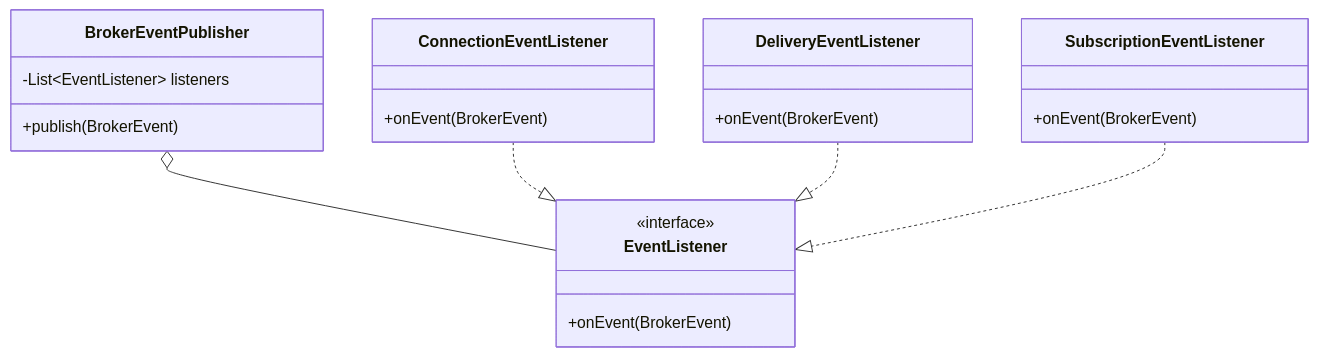
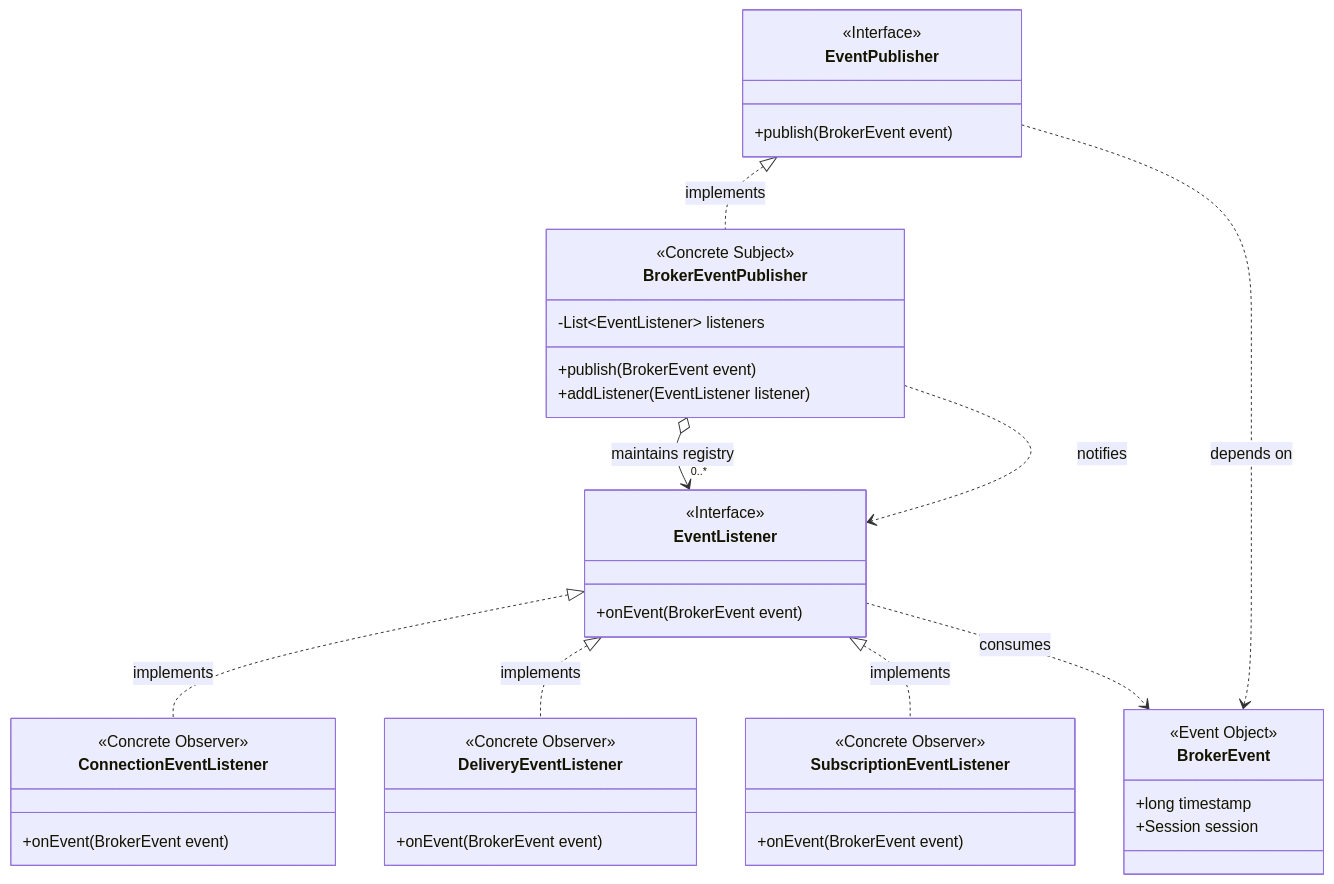
Before and after one commit to karolbystrek/mqtt-broker: the sixth of 14 diagrams in README.md, drawn with Mermaid. The commit also changed other lines of this file, not shown here.

````diff
--- a/README.md
+++ b/README.md
@@ -206,25 +316,59 @@
 ```mermaid
 classDiagram
+    %% --- Interfaces ---
+    class EventPublisher {
+        <<Interface>>
+        +publish(BrokerEvent event)
+    }
+
+    class EventListener {
+        <<Interface>>
+        +onEvent(BrokerEvent event)
+    }
+
+    %% --- Concrete Implementations ---
     class BrokerEventPublisher {
+        <<Concrete Subject>>
         -List~EventListener~ listeners
-        +publish(BrokerEvent)
+        +publish(BrokerEvent event)
+        +addListener(EventListener listener)
     }
-    class EventListener {
-        <<interface>>
-        +onEvent(BrokerEvent)
-    }
+
     class ConnectionEventListener {
-        +onEvent(BrokerEvent)
+        <<Concrete Observer>>
+        +onEvent(BrokerEvent event)
     }
     class DeliveryEventListener {
-        +onEvent(BrokerEvent)
+        <<Concrete Observer>>
+        +onEvent(BrokerEvent event)
     }
     class SubscriptionEventListener {
-        +onEvent(BrokerEvent)
+        <<Concrete Observer>>
+        +onEvent(BrokerEvent event)
     }
+
+    %% --- Event Object ---
+    class BrokerEvent {
+        <<Event Object>>
+        +long timestamp
+        +Session session
+    }
+
+    %% --- Relationships with explicit labels ---
     
-    BrokerEventPublisher o-- EventListener
-    ConnectionEventListener ..|> EventListener
-    DeliveryEventListener ..|> EventListener
-    SubscriptionEventListener ..|> EventListener
+    %% Realization (Implements)
+    EventPublisher <|.. BrokerEventPublisher : implements
+    EventListener <|.. ConnectionEventListener : implements
+    EventListener <|.. DeliveryEventListener : implements
+    EventListener <|.. SubscriptionEventListener : implements
+
+    %% Aggregation (Has-a list of)
+    BrokerEventPublisher o--> "0..*" EventListener : maintains registry
+
+    %% Dependency (Uses)
+    EventPublisher ..> BrokerEvent : depends on
+    EventListener ..> BrokerEvent : consumes
+    
+    %% Note: The Subject notifies the Observer via the Interface
+    BrokerEventPublisher ..> EventListener : notifies
 ```
````
